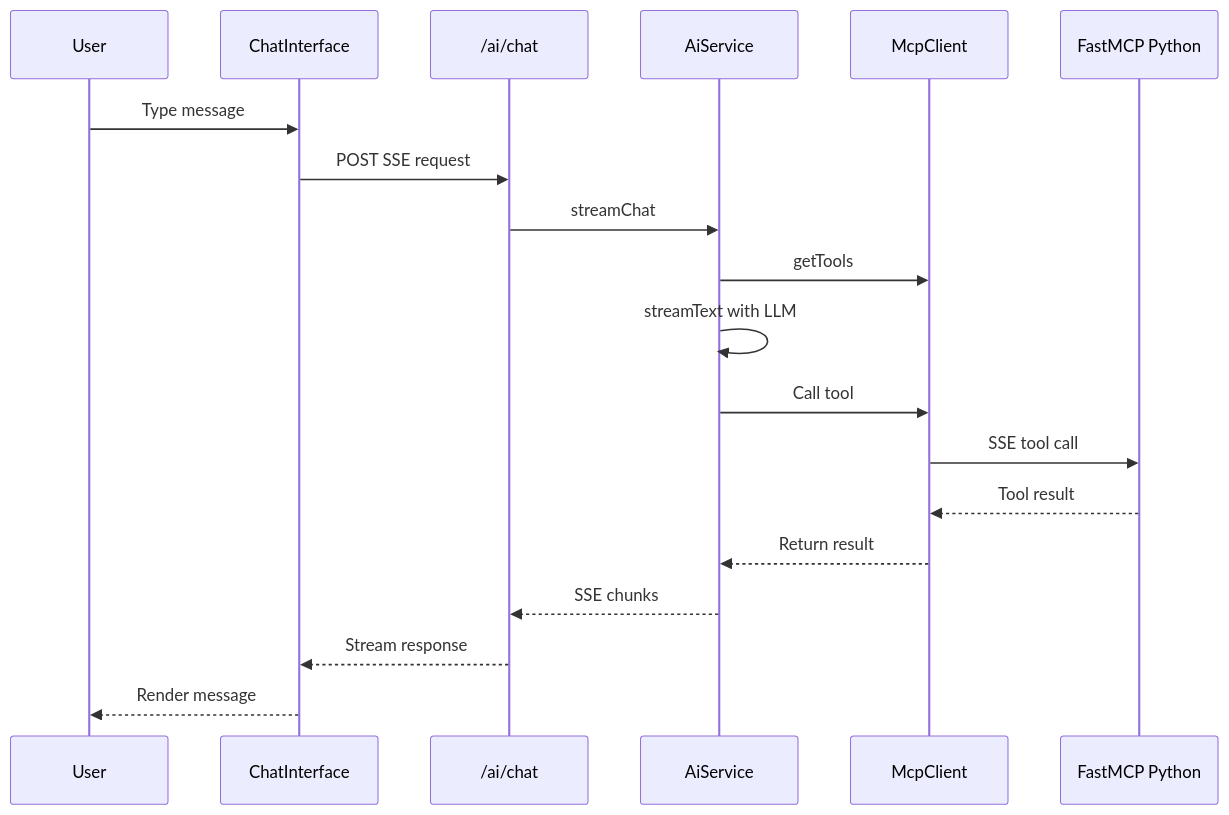
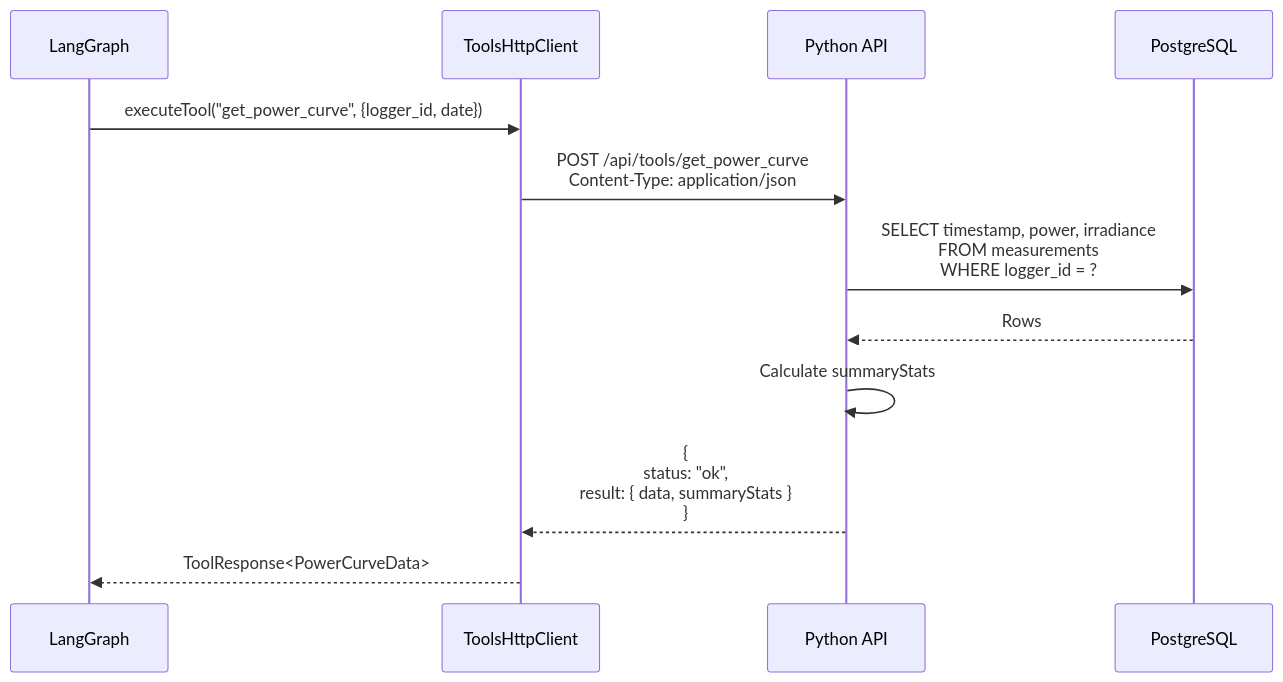
Before and after one commit to Thosam1/pv-monitoring-platform: the fourth of 5 diagrams in diagrams/markdown/ai-chat-flow.md, drawn with Mermaid. The commit also changed other lines of this file and 16 other files, not shown here.

First line of the commit message:
docs: add architecture diagrams and update documentation

````diff
--- a/diagrams/markdown/ai-chat-flow.md
+++ b/diagrams/markdown/ai-chat-flow.md
@@ -5,22 +148,19 @@
 ```mermaid
 sequenceDiagram
-    participant U as User
-    participant CI as ChatInterface
-    participant API as /ai/chat
-    participant AS as AiService
-    participant MCP as McpClient
-    participant PY as FastMCP Python
+    participant LG as LangGraph
+    participant TH as ToolsHttpClient
+    participant PY as Python API
+    participant DB as PostgreSQL
 
-    U->>CI: Type message
-    CI->>API: POST SSE request
-    API->>AS: streamChat
-    AS->>MCP: getTools
-    AS->>AS: streamText with LLM
-    AS->>MCP: Call tool
-    MCP->>PY: SSE tool call
-    PY-->>MCP: Tool result
-    MCP-->>AS: Return result
-    AS-->>API: SSE chunks
-    API-->>CI: Stream response
-    CI-->>U: Render message
+    LG->>TH: executeTool("get_power_curve", {logger_id, date})
+    TH->>PY: POST /api/tools/get_power_curve<br/>Content-Type: application/json
+
+    PY->>DB: SELECT timestamp, power, irradiance<br/>FROM measurements<br/>WHERE logger_id = ?
+
+    DB-->>PY: Rows
+
+    PY->>PY: Calculate summaryStats
+    PY-->>TH: {<br/>  status: "ok",<br/>  result: { data, summaryStats }<br/>}
+
+    TH-->>LG: ToolResponse<PowerCurveData>
 ```
````
